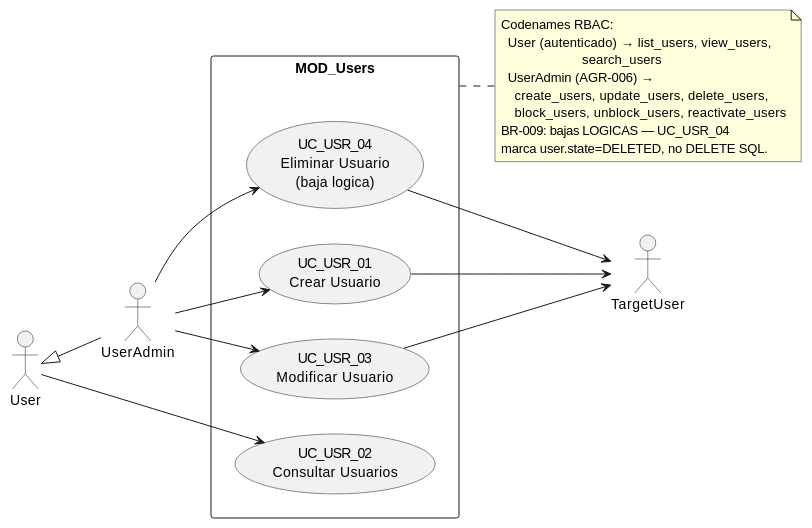
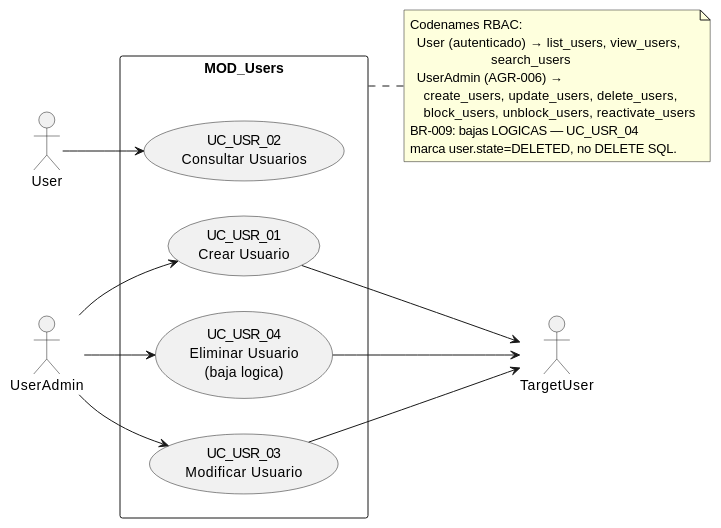
The diagram in source/arquitectura-tecnica/use-case-view/users/index.rst (jcg-admin/IACT-docs), drawn with PlantUML before and after one commit. The commit also changed 22 other files, not shown here.

```diff
--- a/source/arquitectura-tecnica/use-case-view/users/index.rst
+++ b/source/arquitectura-tecnica/use-case-view/users/index.rst
@@ -23,41 +23,39 @@
 .. uml::
  :caption: MOD_Users — UserAdmin gestiona el catálogo;
            cualquier rol autenticado consulta.
 
  @startuml
  left to right direction
 
  actor User
  actor UserAdmin
 
  actor TargetUser
- User <|-- UserAdmin
 
  rectangle "MOD_Users" {
    usecase "UC_USR_01\nCrear Usuario" as CREAR_USUARIO
    usecase "UC_USR_02\nConsultar Usuarios" as CONSULTAR_USUARIOS
    usecase "UC_USR_03\nModificar Usuario" as MODIFICAR_USUARIO
    usecase "UC_USR_04\nEliminar Usuario\n(baja logica)" as ELIMINAR_USUARIO
  }
 
  User      --> CONSULTAR_USUARIOS
  UserAdmin --> CREAR_USUARIO
  UserAdmin --> MODIFICAR_USUARIO
  UserAdmin --> ELIMINAR_USUARIO
  CREAR_USUARIO --> TargetUser
  MODIFICAR_USUARIO --> TargetUser
  ELIMINAR_USUARIO --> TargetUser
 
-
  note right of MOD_Users
    Codenames RBAC:
      User (autenticado) → list_users, view_users,
                            search_users
      UserAdmin (AGR-006) →
        create_users, update_users, delete_users,
        block_users, unblock_users, reactivate_users
    BR-009: bajas LOGICAS — UC_USR_04
    marca user.state=DELETED, no DELETE SQL.
  end note
 
  @enduml
```
